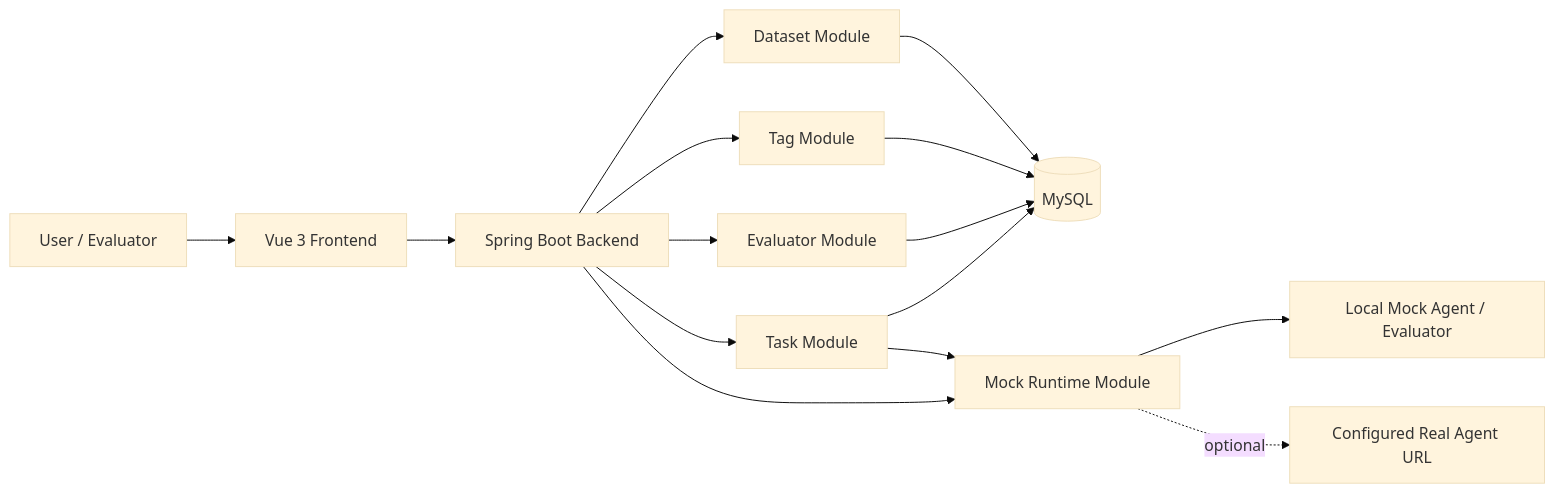
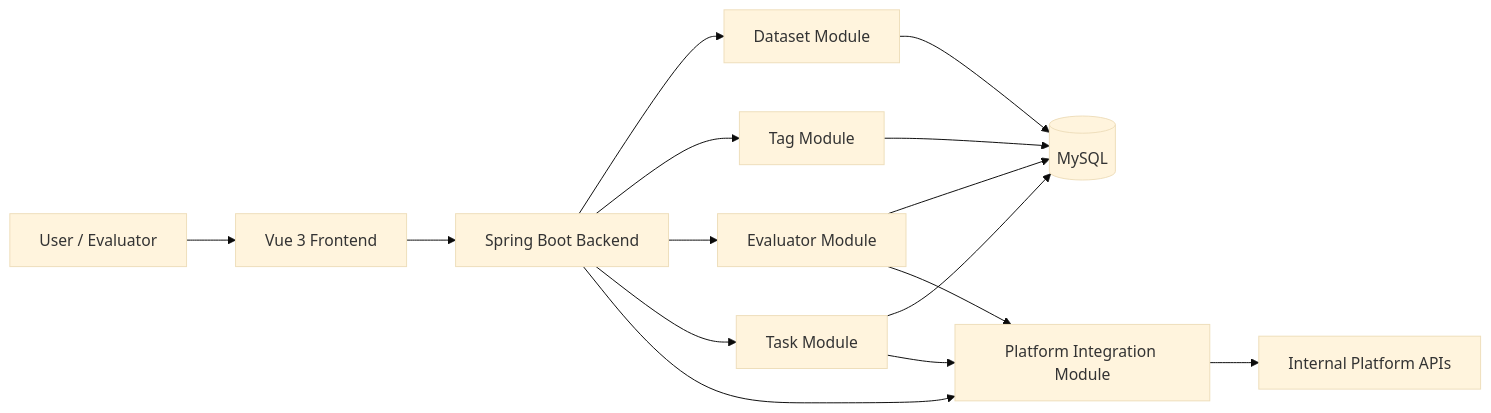
Before and after one commit to zhanli567/eval_system: the diagram in README.md, drawn with Mermaid (base theme). The commit also changed other lines of this file and 42 other files, not shown here.

````diff
--- a/README.md
+++ b/README.md
@@ -57,20 +57,20 @@
 ```mermaid
 flowchart LR
   User["User / Evaluator"] --> Frontend["Vue 3 Frontend"]
   Frontend --> Backend["Spring Boot Backend"]
 
   Backend --> Dataset["Dataset Module"]
   Backend --> Tag["Tag Module"]
   Backend --> Evaluator["Evaluator Module"]
   Backend --> Task["Task Module"]
-  Backend --> Mock["Mock Runtime Module"]
+  Backend --> Integration["Platform Integration Module"]
 
   Dataset --> MySQL[("MySQL")]
   Tag --> MySQL
   Evaluator --> MySQL
   Task --> MySQL
 
-  Task --> Mock
-  Mock --> LocalMock["Local Mock Agent / Evaluator"]
-  Mock -. optional .-> RemoteAgent["Configured Real Agent URL"]
+  Evaluator --> Integration
+  Task --> Integration
+  Integration --> Platform["Internal Platform APIs"]
 ```
````
